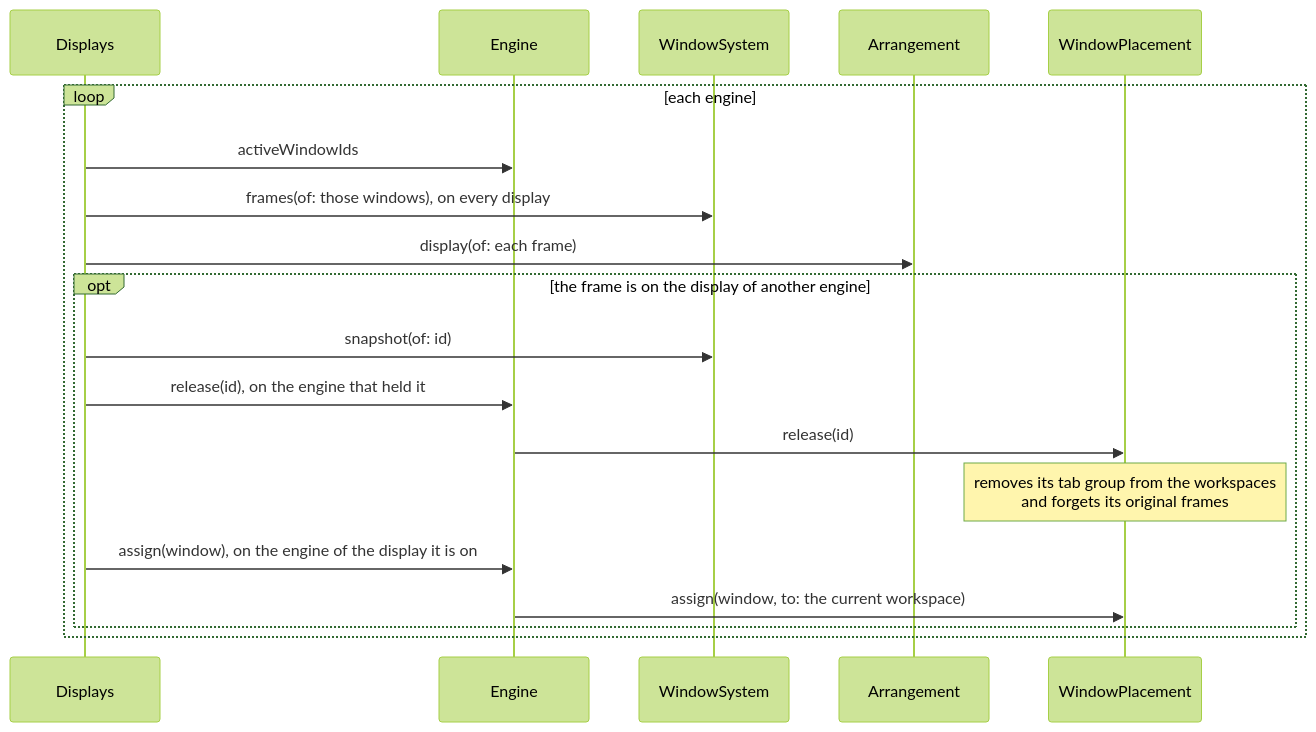
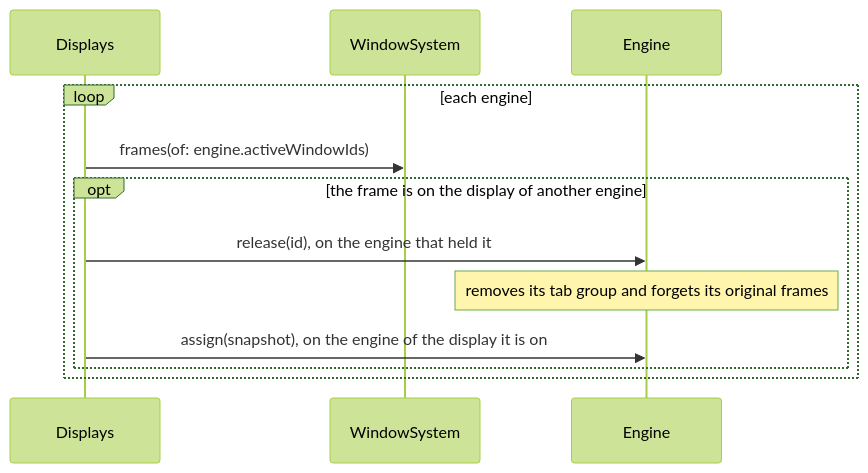
One commit to brennovich/ottowm changed diagram 18 of 25 in ARCHITECTURE.md. Above: the diagram before and after it, drawn with Mermaid (forest theme). The commit also changed other lines of this file, not shown here.

````diff
--- a/ARCHITECTURE.md
+++ b/ARCHITECTURE.md
@@ -489,16 +438,11 @@
 ```mermaid
 sequenceDiagram
     loop each engine
-        Displays->>Engine: activeWindowIds
-        Displays->>WindowSystem: frames(of: those windows), on every display
-        Displays->>Arrangement: display(of: each frame)
+        Displays->>WindowSystem: frames(of: engine.activeWindowIds)
         opt the frame is on the display of another engine
-            Displays->>WindowSystem: snapshot(of: id)
             Displays->>Engine: release(id), on the engine that held it
-            Engine->>WindowPlacement: release(id)
-            Note over WindowPlacement: removes its tab group from the workspaces<br/>and forgets its original frames
-            Displays->>Engine: assign(window), on the engine of the display it is on
-            Engine->>WindowPlacement: assign(window, to: the current workspace)
+            Note over Engine: removes its tab group and forgets its original frames
+            Displays->>Engine: assign(snapshot), on the engine of the display it is on
         end
     end
 ```
````
